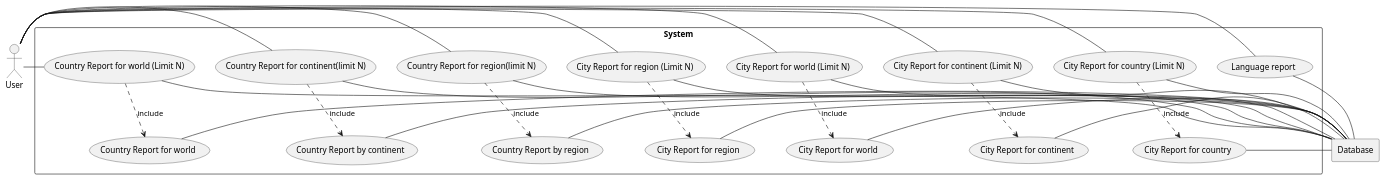
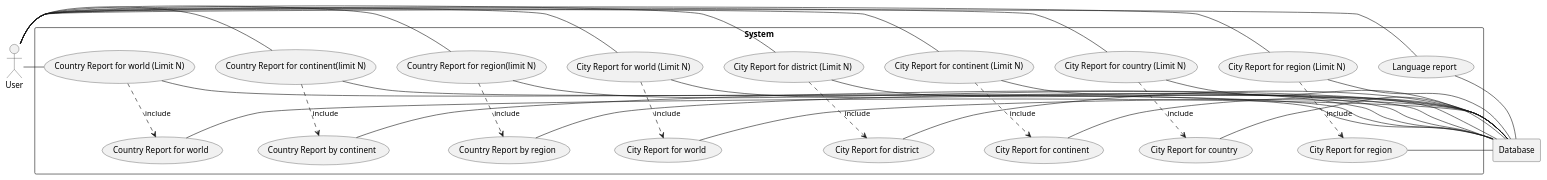
The diagram in use-cases/diagram-1.puml (Drakon4ik-Coder/SET08103_GP), drawn with PlantUML before and after one commit. The commit also changed 3 other files, not shown here.

Commit message:
Added use case for City Report for district

```diff
--- a/use-cases/diagram-1.puml
+++ b/use-cases/diagram-1.puml
@@ -1,58 +1,64 @@
 @startuml
 
 actor U as "User"
 
 rectangle Database
 
 rectangle "System" {
     usecase UC1 as "Country Report for world"
     usecase UC2 as "Country Report for world (Limit N)"
     usecase UC3 as "Country Report by continent"
     usecase UC4 as "Country Report for continent(limit N)"
     usecase UC5 as "Country Report by region"
     usecase UC6 as "Country Report for region(limit N)"
     usecase UC7 as "Language report"
     usecase UC8 as "City Report for world"
     usecase UC9 as "City Report for world (Limit N)"
     usecase UC10 as "City Report for continent"
     usecase UC11 as "City Report for continent (Limit N)"
     usecase UC12 as "City Report for country"
     usecase UC13 as "City Report for country (Limit N)"
     usecase UC14 as "City Report for region"
     usecase UC15 as "City Report for region (Limit N)"
+    usecase UC16 as "City Report for district"
+    usecase UC17 as "City Report for district (Limit N)"
 
     U - UC2
     U - UC4
     U - UC6
     U - UC7
     U - UC9
     U - UC11
     U - UC13
     U - UC15
+    U - UC17
 
     UC2 ..> UC1 : include
     UC4 ..> UC3 : include
     UC6 ..> UC5 : include
     UC9 ..> UC8 : include
     UC11 ..> UC10 : include
     UC13 ..> UC12 : include
     UC15 ..> UC14 : include
+    UC17 ..> UC16 : include
 
     UC1 - Database
     UC2 - Database
     UC3 - Database
     UC4 - Database
     UC5 - Database
     UC6 - Database
     UC7 - Database
     UC8 - Database
     UC9 - Database
     UC10 - Database
     UC11 - Database
     UC12 - Database
     UC13 - Database
     UC14 - Database
     UC15 - Database
+    UC16 - Database
+    UC17 - Database
 }
 
 @enduml
```
